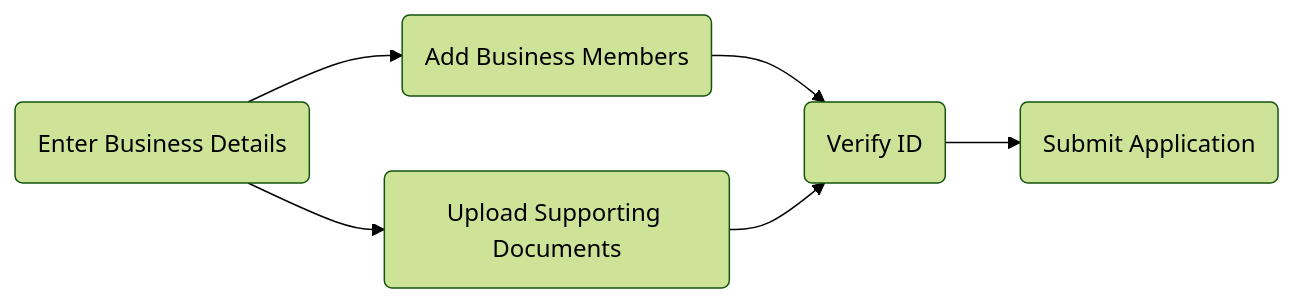
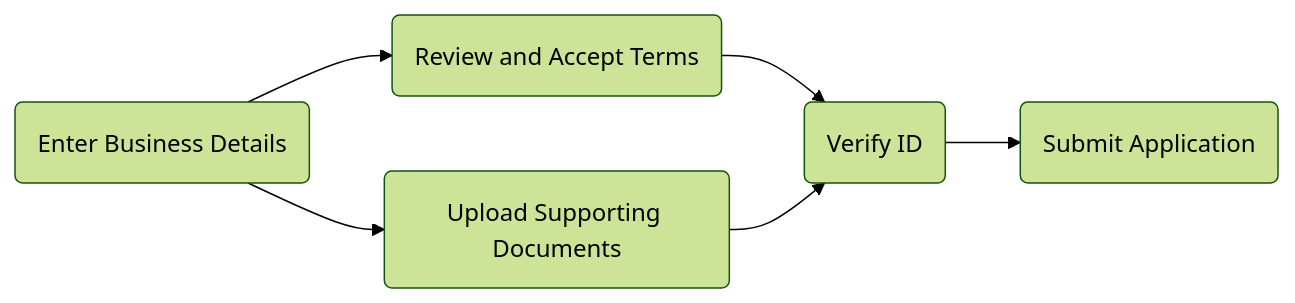
The diagram in guides/dashboard/onboard.mdx (paxosglobal/docs-mintlify), drawn with Mermaid (forest theme) before and after one commit. The commit also changed other lines of this file, not shown here.

Commit message:
update onboarding flow diagram

````diff
--- a/guides/dashboard/onboard.mdx
+++ b/guides/dashboard/onboard.mdx
@@ -6,10 +6,10 @@
 ```mermaid
 graph LR
 
-    A(Enter Business Details) --> B(Add Business Members)
+    A(Enter Business Details) --> B(Review and Accept Terms)
     A --> C(Upload Supporting Documents)
     B --> D(Review and accept terms)
     C --> D(Verify ID)
     D --> E(Submit Application)
 
 ```
````
